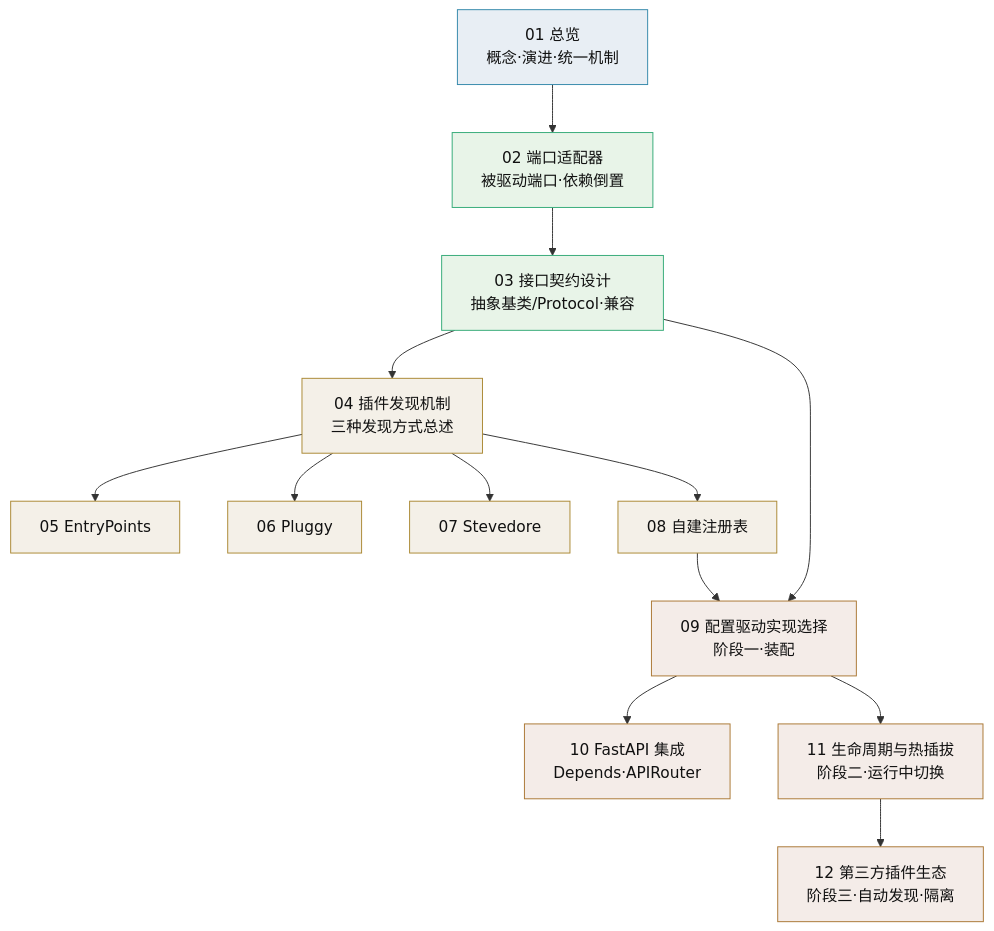
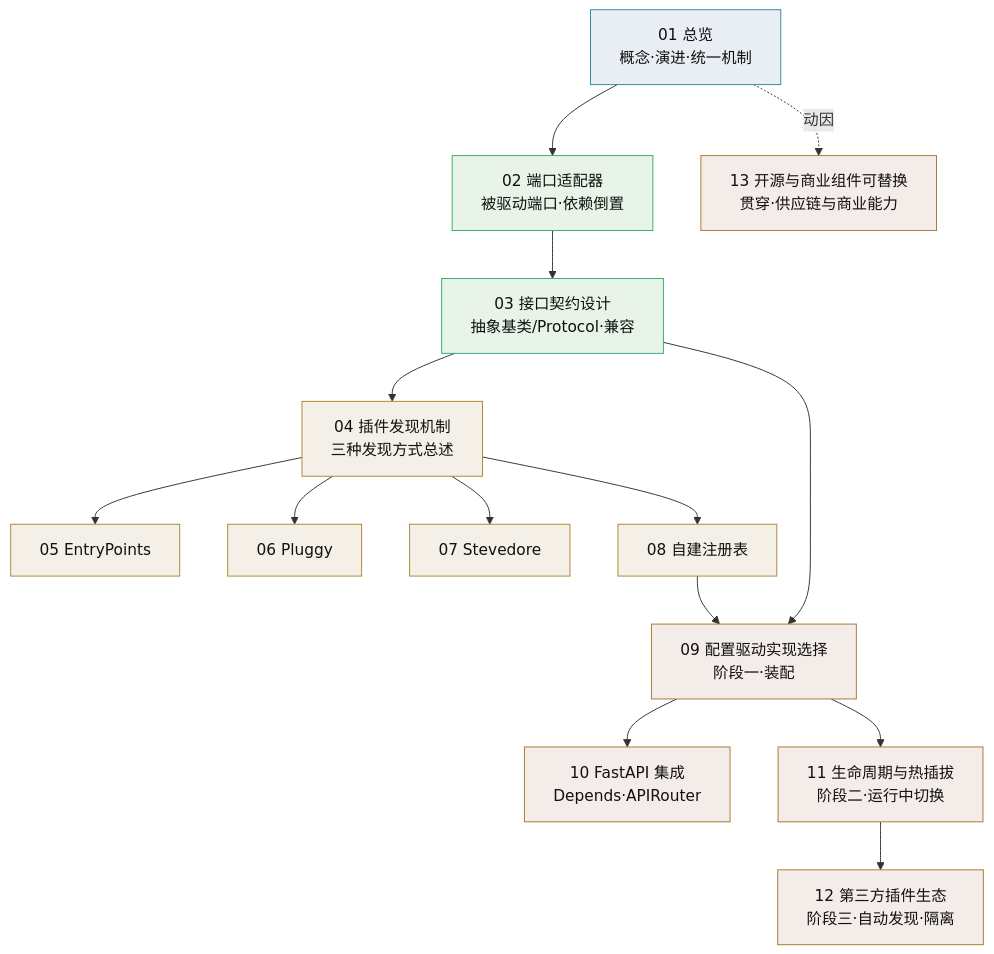
Before and after one commit to minjian123/basic-management-system: the first of 3 diagrams in bms文档/资料/知识档案/插件化架构/01_插件化架构_总览.md, drawn with Mermaid. The commit also changed other lines of this file and 4 other files, not shown here.

````diff
--- a/bms文档/资料/知识档案/插件化架构/01_插件化架构_总览.md
+++ b/bms文档/资料/知识档案/插件化架构/01_插件化架构_总览.md
@@ -60,29 +69,31 @@
 ```mermaid
 flowchart TB
     O[01 总览<br/>概念·演进·统一机制]:::core
     P[02 端口适配器<br/>被驱动端口·依赖倒置]:::theory
     C[03 接口契约设计<br/>抽象基类/Protocol·兼容]:::theory
     D[04 插件发现机制<br/>三种发现方式总述]:::how
     D1[05 EntryPoints]:::how
     D2[06 Pluggy]:::how
     D3[07 Stevedore]:::how
     D4[08 自建注册表]:::how
     W[09 配置驱动实现选择<br/>阶段一·装配]:::stage
     F[10 FastAPI 集成<br/>Depends·APIRouter]:::stage
     L[11 生命周期与热插拔<br/>阶段二·运行中切换]:::stage
     E[12 第三方插件生态<br/>阶段三·自动发现·隔离]:::stage
+    E13[13 开源与商业组件可替换<br/>贯穿·供应链与商业能力]:::stage
     O --> P --> C --> D
     D --> D1
     D --> D2
     D --> D3
     D --> D4
     D4 --> W
     C --> W
     W --> F
     W --> L
     L --> E
+    O -. 动因 .-> E13
     classDef core fill:#e8eef4,stroke:#38a,color:#111
     classDef theory fill:#e8f4e8,stroke:#3a7,color:#111
     classDef how fill:#f4f0e8,stroke:#a83,color:#111
     classDef stage fill:#f4ece8,stroke:#a73,color:#111
 ```
````
